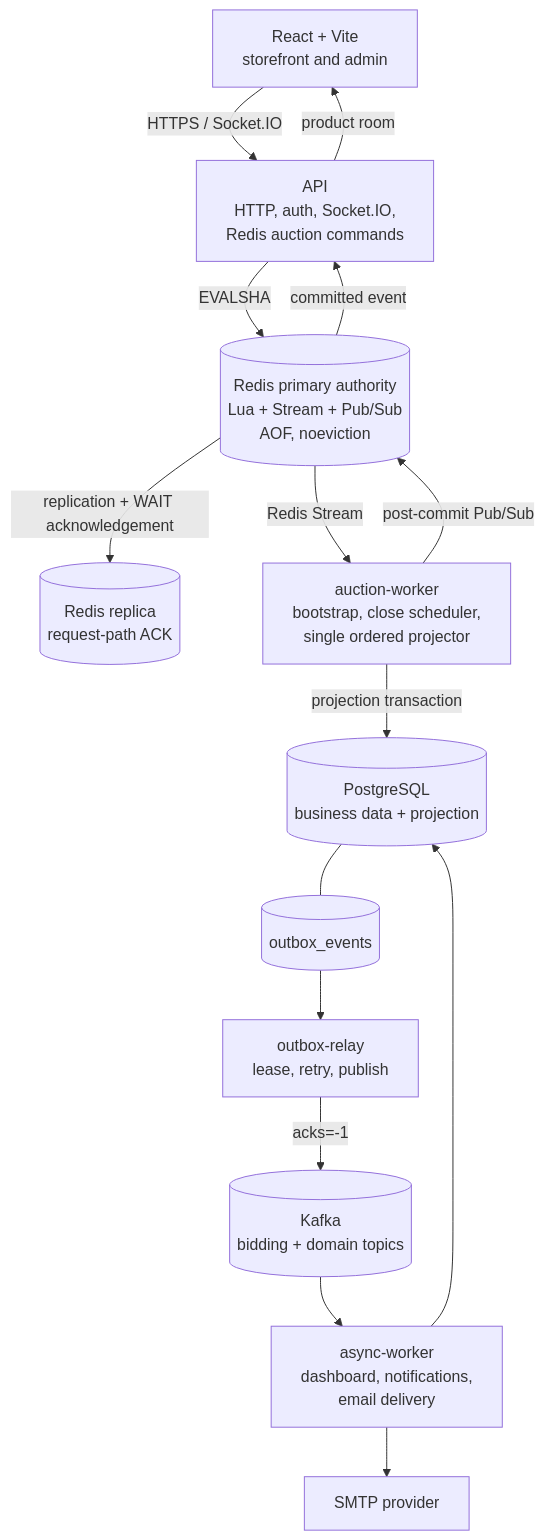
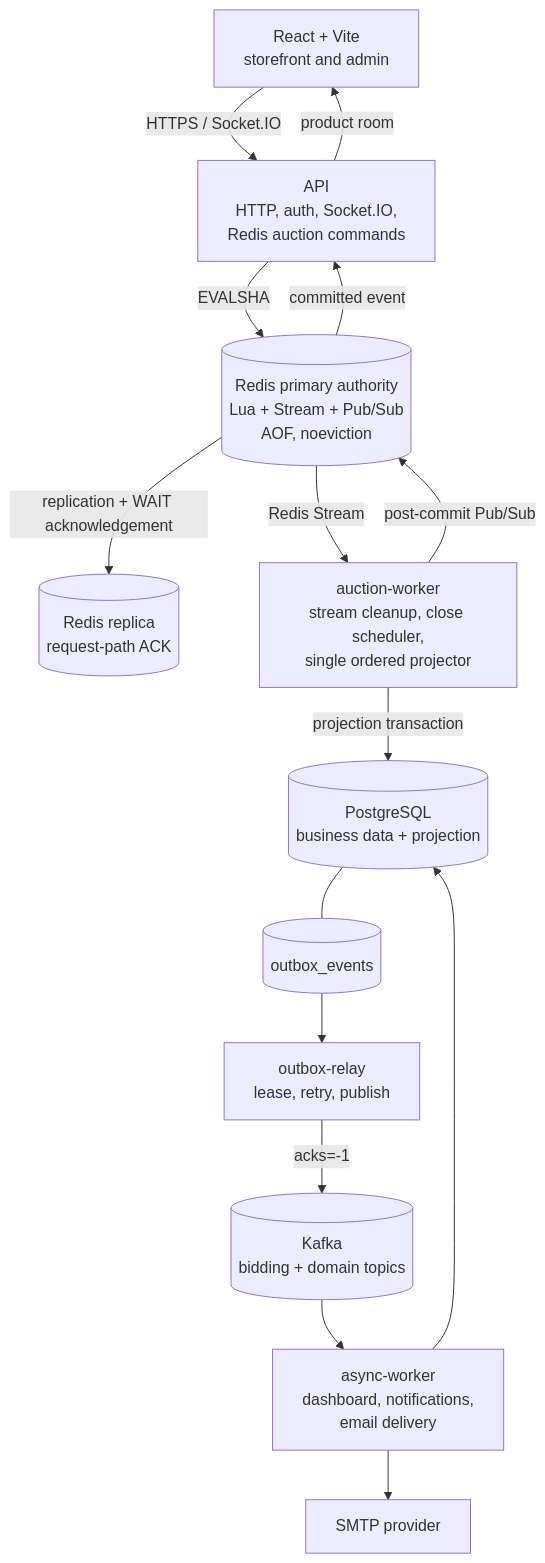
One commit to KidCute1412/miracle-auction-platform changed the first of 2 diagrams in docs/architecture/system-overview.md. Above: the diagram before and after it, drawn with Mermaid. The commit also changed other lines of this file and 40 other files, not shown here.

````diff
--- a/docs/architecture/system-overview.md
+++ b/docs/architecture/system-overview.md
@@ -7,29 +7,29 @@
 ```mermaid
 flowchart TB
     BROWSER["React + Vite<br/>storefront and admin"]
     API["API<br/>HTTP, auth, Socket.IO,<br/>Redis auction commands"]
     REDIS[("Redis primary authority<br/>Lua + Stream + Pub/Sub<br/>AOF, noeviction")]
     REPLICA[("Redis replica<br/>request-path ACK")]
-    PROJECTOR["auction-worker<br/>bootstrap, close scheduler,<br/>single ordered projector"]
+    PROJECTOR["auction-worker<br/>stream cleanup, close scheduler,<br/>single ordered projector"]
     DB[("PostgreSQL<br/>business data + projection")]
     OUTBOX[("outbox_events")]
     RELAY["outbox-relay<br/>lease, retry, publish"]
     KAFKA[("Kafka<br/>bidding + domain topics")]
     ASYNC["async-worker<br/>dashboard, notifications,<br/>email delivery"]
     SMTP["SMTP provider"]
 
     BROWSER -->|HTTPS / Socket.IO| API
     API -->|EVALSHA| REDIS
     REDIS -->|replication + WAIT acknowledgement| REPLICA
     REDIS -->|Redis Stream| PROJECTOR
     PROJECTOR -->|projection transaction| DB
     DB --- OUTBOX
     OUTBOX --> RELAY
     RELAY -->|acks=-1| KAFKA
     KAFKA --> ASYNC
     ASYNC --> DB
     ASYNC --> SMTP
     PROJECTOR -->|post-commit Pub/Sub| REDIS
     REDIS -->|committed event| API
     API -->|product room| BROWSER
 ```
````
